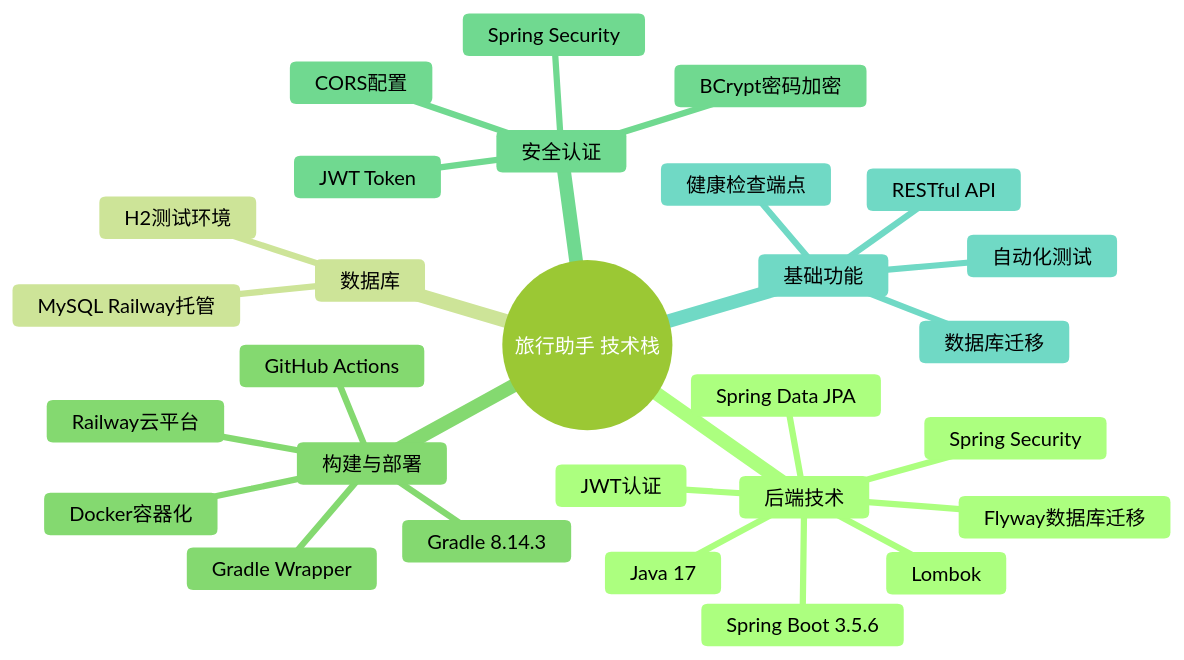
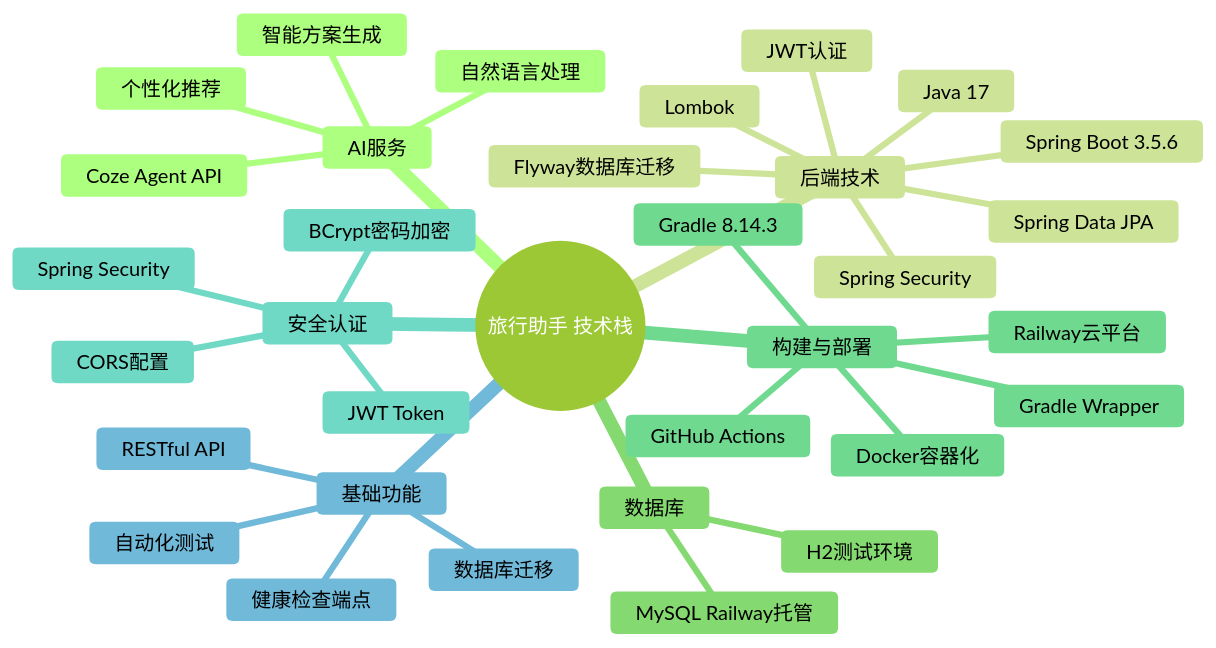
Before and after one commit to NicoleYL28/travel-assistant: the sixth of 8 diagrams in architecture-diagram.md, drawn with Mermaid (forest theme). The commit also changed other lines of this file, not shown here.

Commit message:
Update architecture to highlight Coze Agent API integration and business flow

````diff
--- a/architecture-diagram.md
+++ b/architecture-diagram.md
@@ -255,31 +316,36 @@
 ```mermaid
 mindmap
   root((旅行助手 技术栈))
+    AI服务
+      Coze Agent API
+      智能方案生成
+      自然语言处理
+      个性化推荐
     后端技术
       Java 17
       Spring Boot 3.5.6
       Spring Security
       Spring Data JPA
       JWT认证
       Lombok
       Flyway数据库迁移
     数据库
       MySQL Railway托管
       H2测试环境
     构建与部署
       Gradle 8.14.3
       Gradle Wrapper
       Docker容器化
       GitHub Actions
       Railway云平台
     安全认证
       JWT Token
       BCrypt密码加密
       CORS配置
       Spring Security
     基础功能
       健康检查端点
       自动化测试
       数据库迁移
       RESTful API
 ```
````
